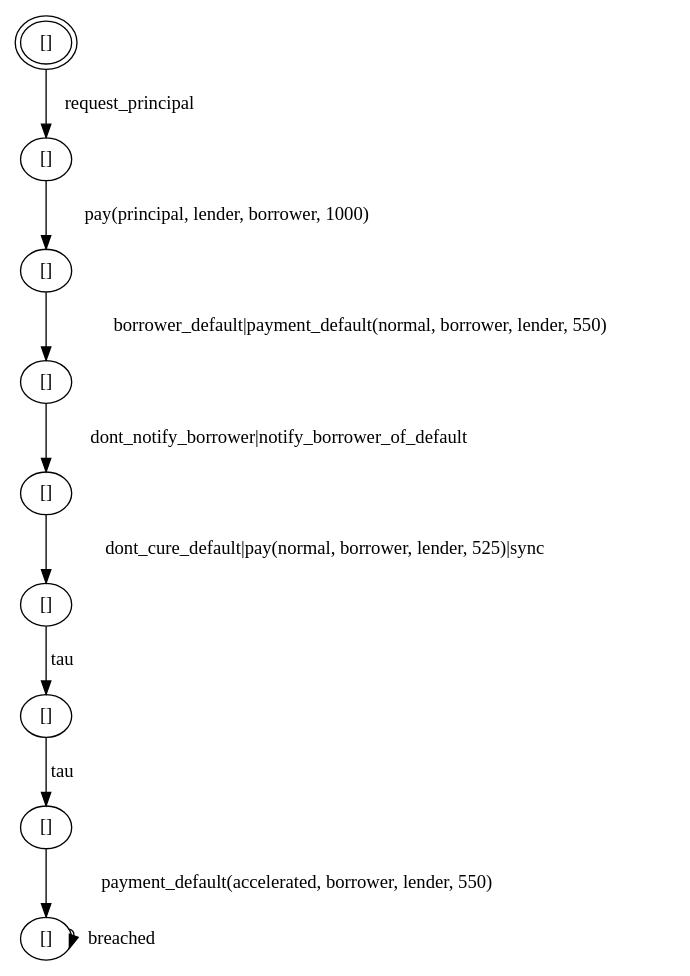
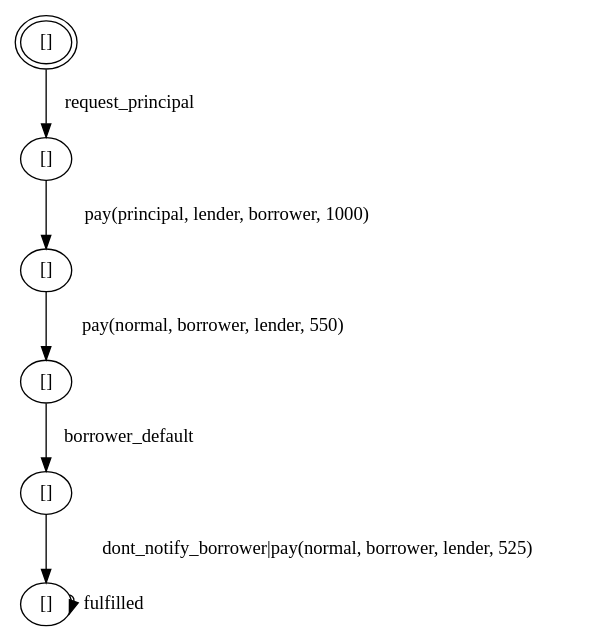
One commit to smucclaw/sandbox changed the diagram in joe/mcrl2/projects/contract_as_automaton/workdir/verification_evidence/prop6/prop6.evidence.dot. Above: the diagram before and after it, drawn with Graphviz. The commit also changed 25 other files, not shown here.

```diff
--- a/joe/mcrl2/projects/contract_as_automaton/workdir/verification_evidence/prop6/prop6.evidence.dot
+++ b/joe/mcrl2/projects/contract_as_automaton/workdir/verification_evidence/prop6/prop6.evidence.dot
@@ -1,25 +1,19 @@
 digraph G {
 center = TRUE;
 mclimit = 10.0;
 nodesep = 0.05;
 node [ width=0.25, height=0.25, label="" ];
-s6 [ peripheries=2 ];
+s1 [ peripheries=2 ];
 s0 [label="[]"];
 s1 [label="[]"];
 s2 [label="[]"];
 s3 [label="[]"];
 s4 [label="[]"];
 s5 [label="[]"];
-s6 [label="[]"];
-s7 [label="[]"];
-s8 [label="[]"];
-s0->s2[label="tau"];
-s1->s0[label="dont_cure_default|pay(normal, borrower, lender, 525)|sync"];
-s2->s7[label="tau"];
-s3->s1[label="dont_notify_borrower|notify_borrower_of_default"];
-s4->s3[label="borrower_default|payment_default(normal, borrower, lender, 550)"];
-s5->s4[label="pay(principal, lender, borrower, 1000)"];
-s6->s5[label="request_principal"];
-s7->s8[label="payment_default(accelerated, borrower, lender, 550)"];
-s8->s8[label="breached"];
+s5->s3[label="dont_notify_borrower|pay(normal, borrower, lender, 525)"];
+s0->s5[label="borrower_default"];
+s4->s0[label="pay(normal, borrower, lender, 550)"];
+s3->s3[label="fulfilled"];
+s2->s4[label="pay(principal, lender, borrower, 1000)"];
+s1->s2[label="request_principal"];
 }
```
